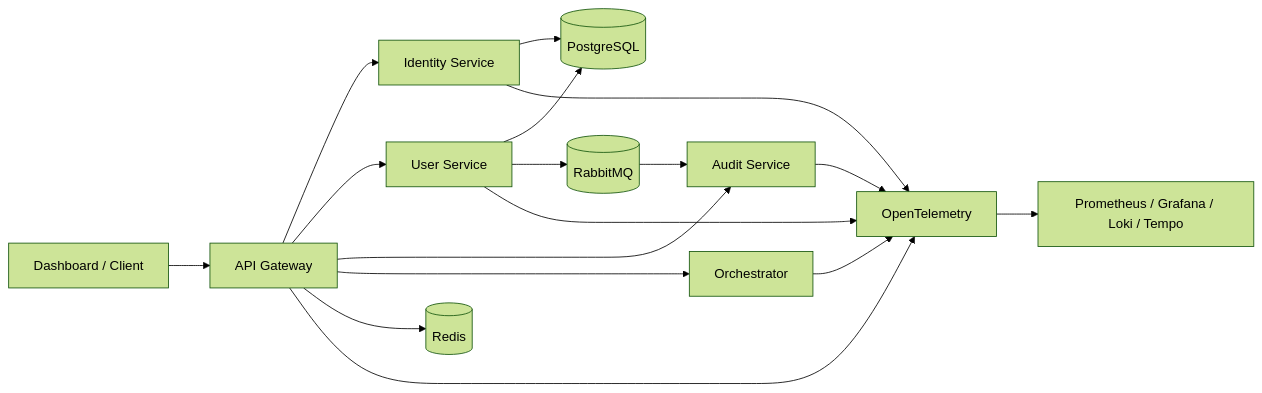
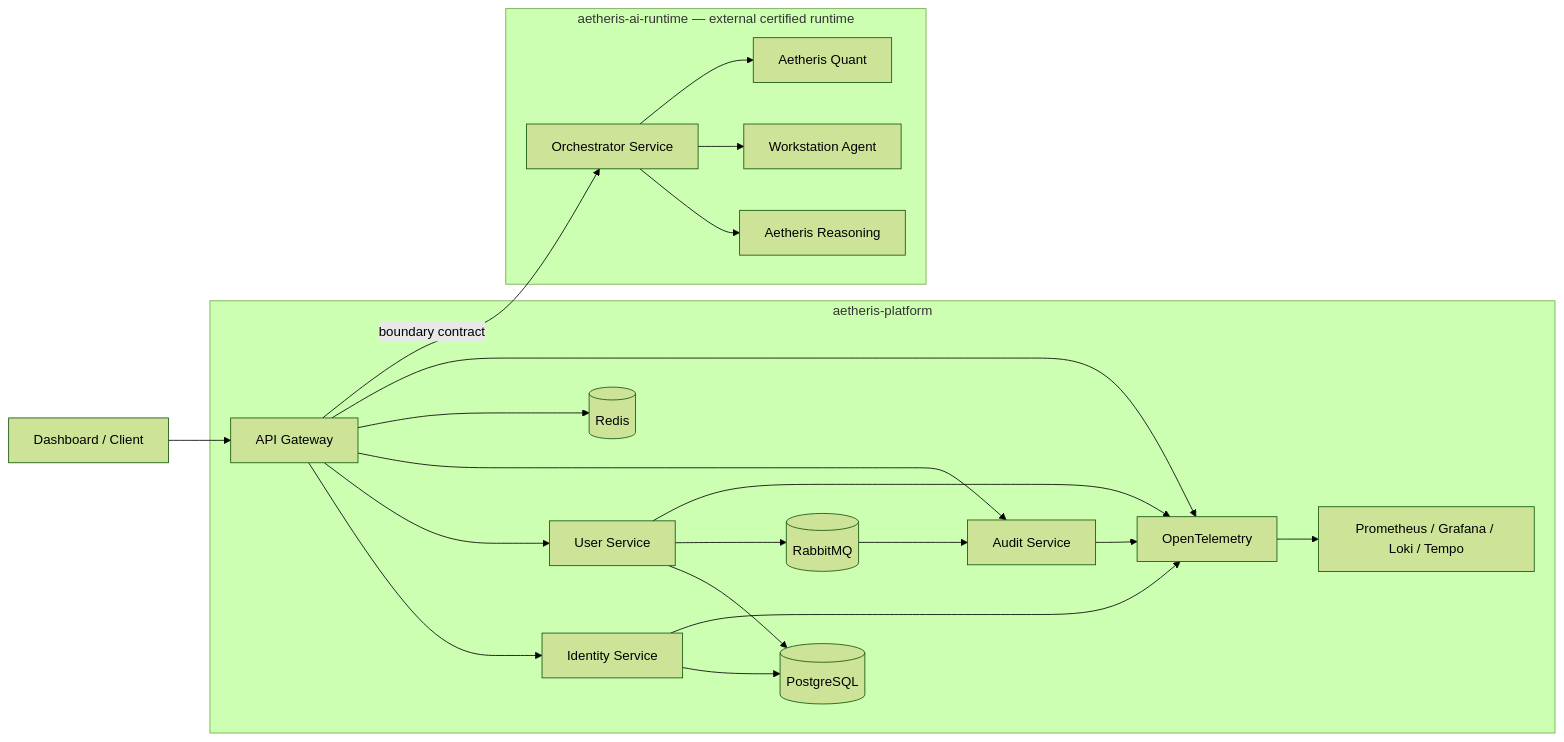
One commit to teldigi5-wq/aetheris-platform changed the diagram in README.md. Above: the diagram before and after it, drawn with Mermaid (forest theme). The commit also changed other lines of this file, not shown here.

Commit message:
docs: clarify platform and external AI runtime boundary

````diff
--- a/README.md
+++ b/README.md
@@ -89,22 +116,42 @@
 ```mermaid
 flowchart LR
-    CLIENT[Dashboard / Client] --> GW[API Gateway]
+    CLIENT[Dashboard / Client] --> GW
 
-    GW --> ID[Identity Service]
-    GW --> USER[User Service]
-    GW --> AUDIT[Audit Service]
-    GW --> ORCH[Orchestrator]
+    subgraph PLATFORM[aetheris-platform]
+        GW[API Gateway]
+        ID[Identity Service]
+        USER[User Service]
+        AUDIT[Audit Service]
+        PG[(PostgreSQL)]
+        REDIS[(Redis)]
+        MQ[(RabbitMQ)]
+        OTEL[OpenTelemetry]
+        OBS[Prometheus / Grafana / Loki / Tempo]
 
-    ID --> PG[(PostgreSQL)]
-    USER --> PG
-    GW --> REDIS[(Redis)]
-    USER --> MQ[(RabbitMQ)]
-    MQ --> AUDIT
+        GW --> ID
+        GW --> USER
+        GW --> AUDIT
+        ID --> PG
+        USER --> PG
+        GW --> REDIS
+        USER --> MQ
+        MQ --> AUDIT
+        GW --> OTEL
+        ID --> OTEL
+        USER --> OTEL
+        AUDIT --> OTEL
+        OTEL --> OBS
+    end
 
-    GW --> OTEL[OpenTelemetry]
-    ID --> OTEL
-    USER --> OTEL
-    AUDIT --> OTEL
-    ORCH --> OTEL
-    OTEL --> OBS[Prometheus / Grafana / Loki / Tempo]
+    subgraph RUNTIME[aetheris-ai-runtime — external certified runtime]
+        ORCH[Orchestrator Service]
+        REASON[Aetheris Reasoning]
+        WORK[Workstation Agent]
+        QUANT[Aetheris Quant]
+    end
+
+    GW -->|boundary contract| ORCH
+    ORCH --> REASON
+    ORCH --> WORK
+    ORCH --> QUANT
 ```
````
